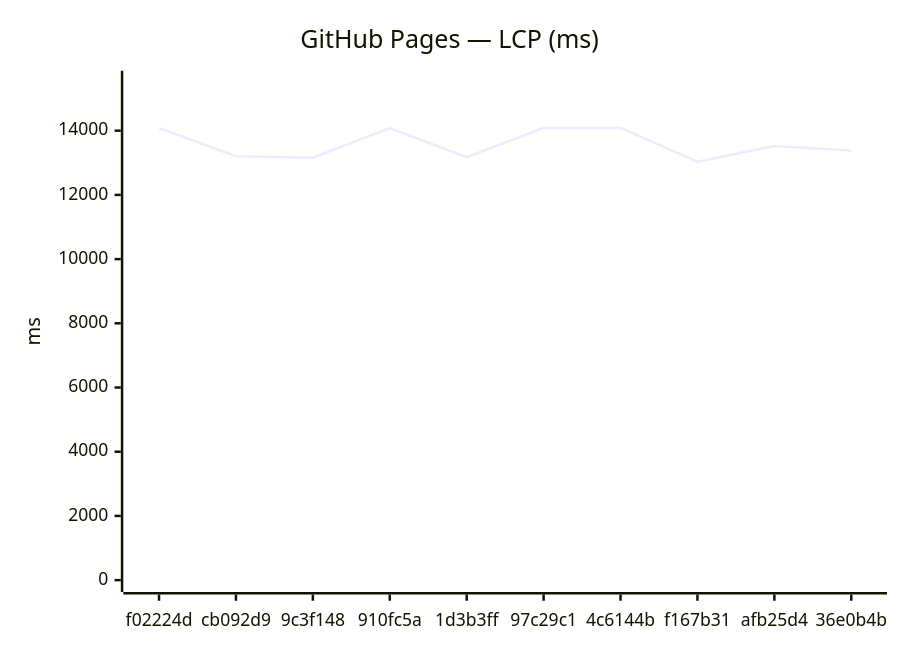
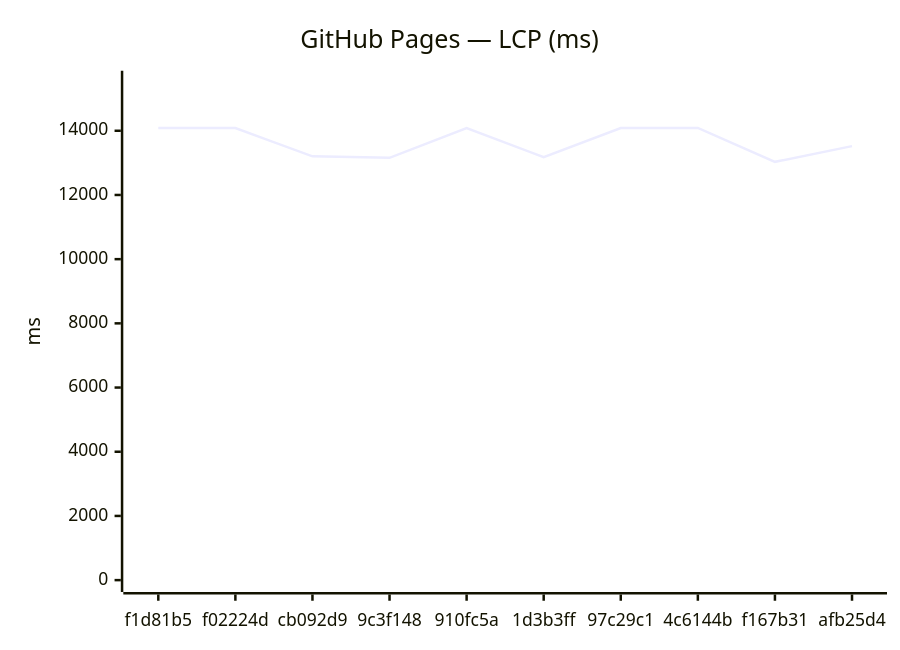
The third of 18 diagrams in benchmarks/compare.md (Metaheurist/Rianell), drawn with Mermaid before and after one commit. The commit also changed other lines of this file and 11 other files, not shown here.

````diff
--- a/benchmarks/compare.md
+++ b/benchmarks/compare.md
@@ -54,7 +54,7 @@
 ```mermaid
 xychart-beta
     title "GitHub Pages — LCP (ms)"
-    x-axis ["f02224d", "cb092d9", "9c3f148", "910fc5a", "1d3b3ff", "97c29c1", "4c6144b", "f167b31", "afb25d4", "36e0b4b"]
-    y-axis "ms" 0 --> 15497
-    line [14084, 13204, 13156, 14081, 13177, 14085, 14088, 13032, 13521, 13383]
+    x-axis ["f1d81b5", "f02224d", "cb092d9", "9c3f148", "910fc5a", "1d3b3ff", "97c29c1", "4c6144b", "f167b31", "afb25d4"]
+    y-axis "ms" 0 --> 15500
+    line [14090, 14084, 13204, 13156, 14081, 13177, 14085, 14088, 13032, 13521]
 ```
````
